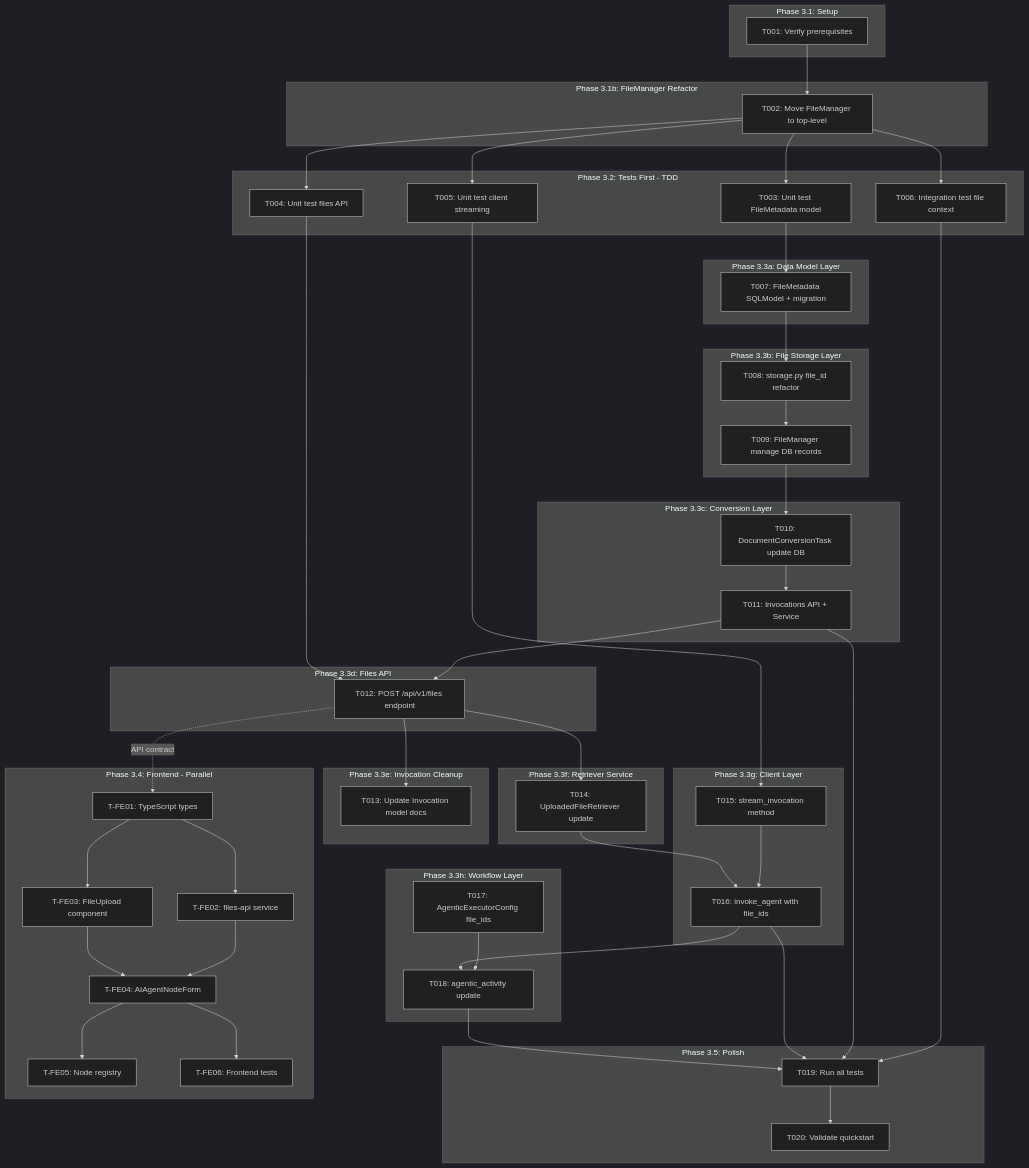
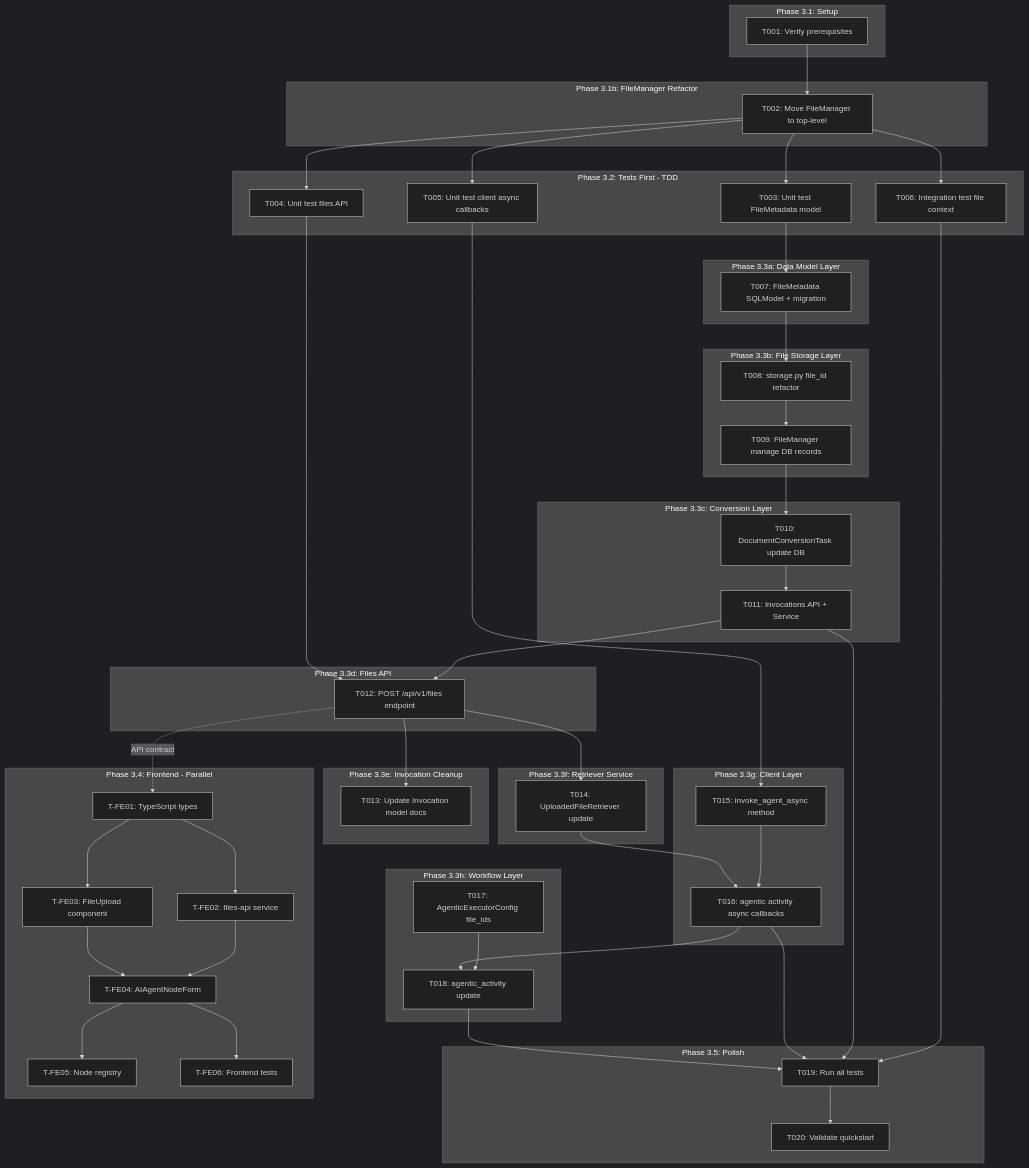
One commit to alinabuzachis/syntara changed the first of 2 diagrams in specs/023-agent-node/tasks.md. Above: the diagram before and after it, drawn with Mermaid (dark theme). The commit also changed other lines of this file and 5 other files, not shown here.

First line of the commit message:
docs: Update agent node specs to reflect PR #271 async callback imple… (#278)

```diff
--- a/specs/023-agent-node/tasks.md
+++ b/specs/023-agent-node/tasks.md
@@ -20,7 +20,7 @@
     subgraph Tests[Phase 3.2: Tests First - TDD]
         T003[T003: Unit test FileMetadata model]
         T004[T004: Unit test files API]
-        T005[T005: Unit test client streaming]
+        T005[T005: Unit test client async callbacks]
         T006[T006: Integration test file context]
     end
 
@@ -51,8 +51,8 @@
     end
 
     subgraph Client[Phase 3.3g: Client Layer]
-        T015[T015: stream_invocation method]
-        T016[T016: invoke_agent with file_ids]
+        T015[T015: invoke_agent_async method]
+        T016[T016: agentic activity async callbacks]
     end
 
     subgraph Workflow[Phase 3.3h: Workflow Layer]
```
